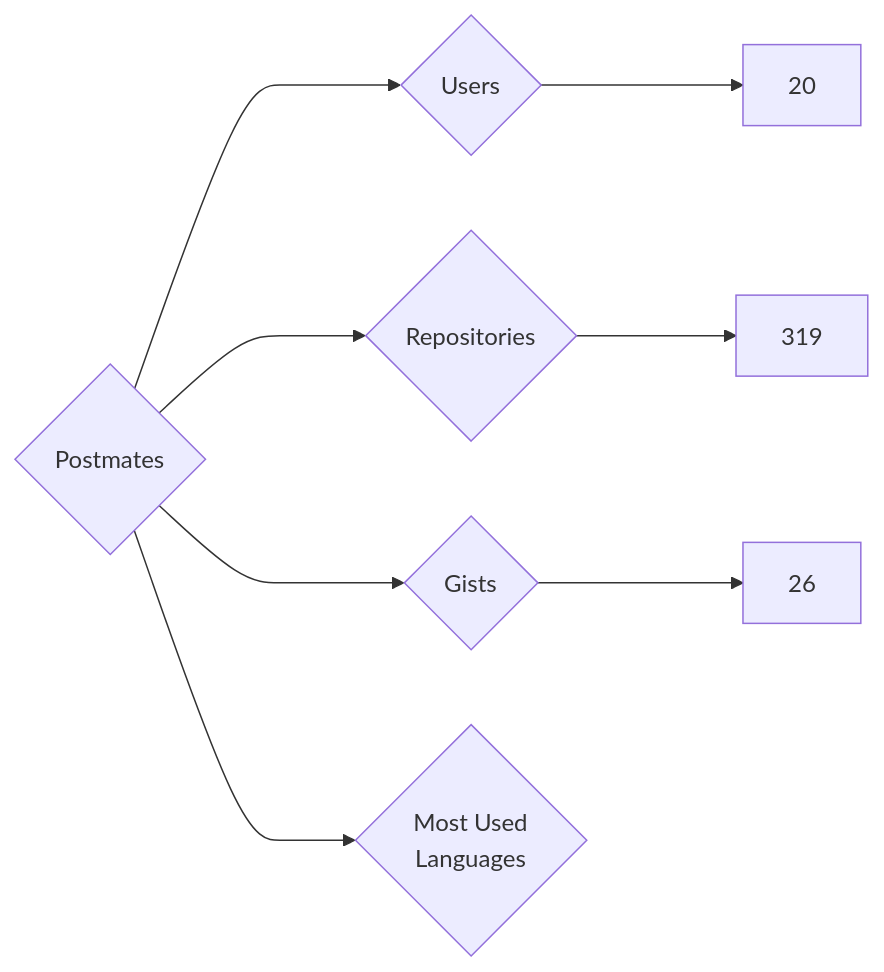
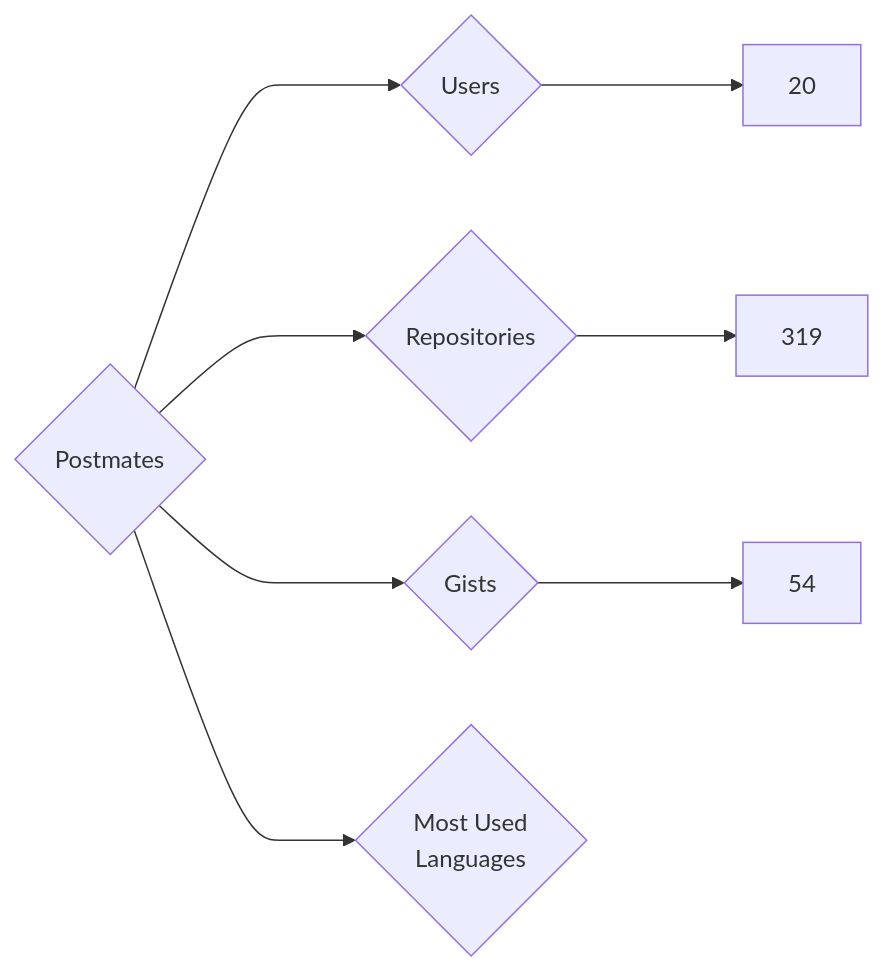
Before and after one commit to nenadzaric/insiders: the diagram in targets/Postmates/README.md, drawn with Mermaid. The commit also changed 1342 other files, not shown here.

````diff
--- a/targets/Postmates/README.md
+++ b/targets/Postmates/README.md
@@ -3,8 +3,8 @@
 ```mermaid
 graph LR
 COMPANY_NAME{Postmates}
 COMPANY_NAME ---> U{Users} ---> UN[20]
 COMPANY_NAME ---> R{Repositories} ---> RN[319]
-COMPANY_NAME ---> G{Gists} ---> GN[26]
+COMPANY_NAME ---> G{Gists} ---> GN[54]
 COMPANY_NAME ---> ML{Most Used<br>Languages}
 ```
````
